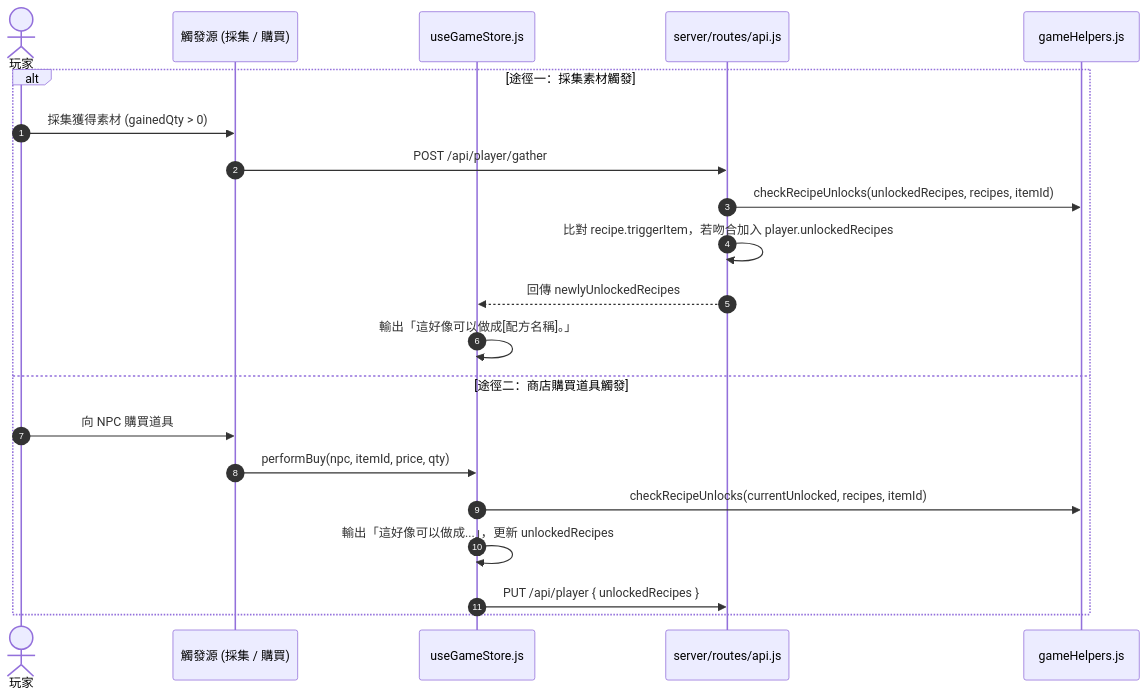
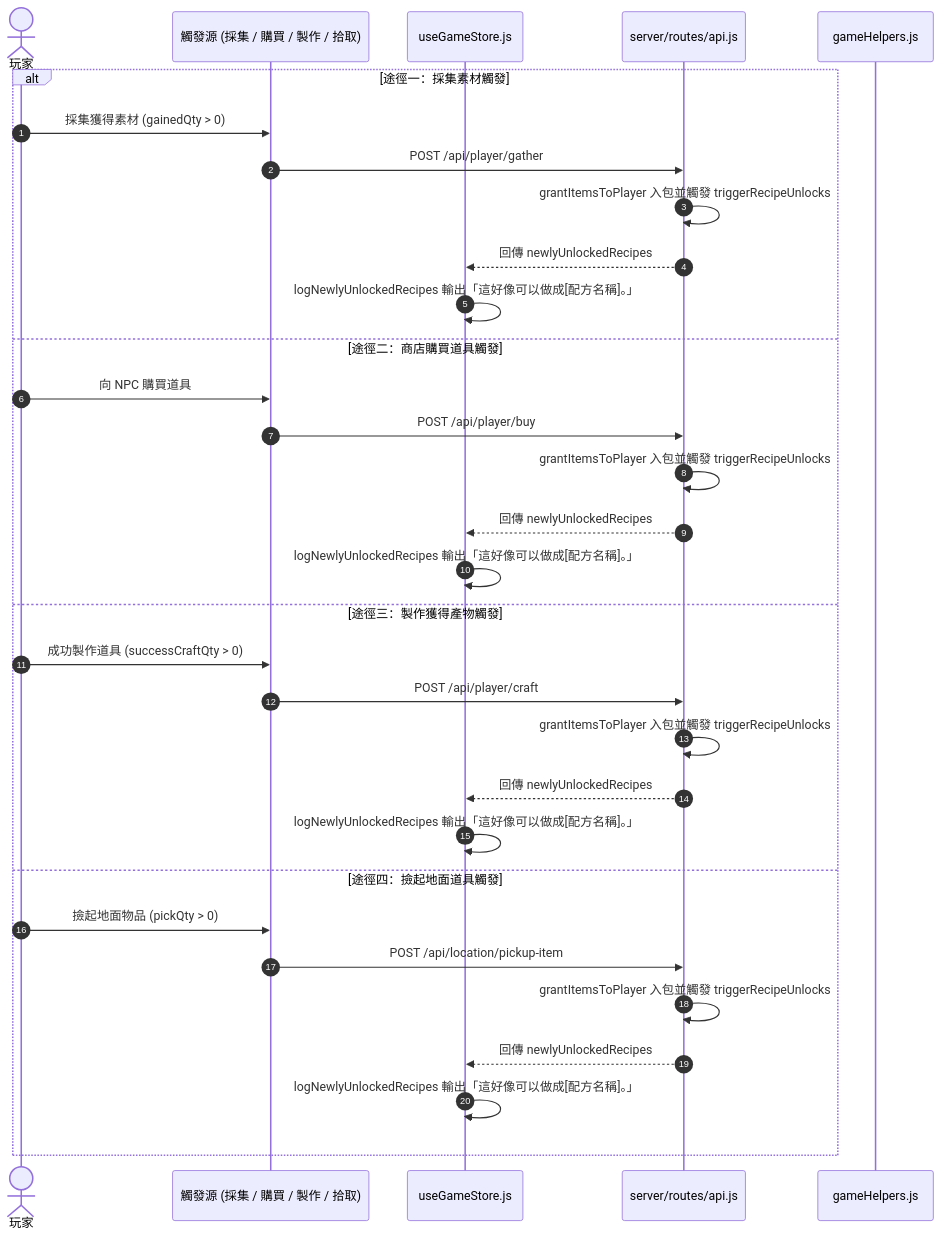
Diagram 15 of 16 in README.md (csiehsu/Aether-Immersion), drawn with Mermaid before and after one commit. The commit also changed other lines of this file and 8 other files, not shown here.

````diff
--- a/README.md
+++ b/README.md
@@ -719,24 +777,35 @@
 ```mermaid
 sequenceDiagram
     autonumber
     actor Player as 玩家
-    participant Event as 觸發源 (採集 / 購買)
+    participant Event as 觸發源 (採集 / 購買 / 製作 / 拾取)
     participant Store as useGameStore.js
     participant API as server/routes/api.js
     participant Helper as gameHelpers.js
 
     alt 途徑一：採集素材觸發
         Player->>Event: 採集獲得素材 (gainedQty > 0)
         Event->>API: POST /api/player/gather
-        API->>Helper: checkRecipeUnlocks(unlockedRecipes, recipes, itemId)
-        API->>API: 比對 recipe.triggerItem，若吻合加入 player.unlockedRecipes
+        API->>API: grantItemsToPlayer 入包並觸發 triggerRecipeUnlocks
         API-->>Store: 回傳 newlyUnlockedRecipes
-        Store->>Store: 輸出「這好像可以做成[配方名稱]。」
+        Store->>Store: logNewlyUnlockedRecipes 輸出「這好像可以做成[配方名稱]。」
     else 途徑二：商店購買道具觸發
         Player->>Event: 向 NPC 購買道具
-        Event->>Store: performBuy(npc, itemId, price, qty)
-        Store->>Helper: checkRecipeUnlocks(currentUnlocked, recipes, itemId)
-        Store->>Store: 輸出「這好像可以做成...」，更新 unlockedRecipes
-        Store->>API: PUT /api/player { unlockedRecipes }
+        Event->>API: POST /api/player/buy
+        API->>API: grantItemsToPlayer 入包並觸發 triggerRecipeUnlocks
+        API-->>Store: 回傳 newlyUnlockedRecipes
+        Store->>Store: logNewlyUnlockedRecipes 輸出「這好像可以做成[配方名稱]。」
+    else 途徑三：製作獲得產物觸發
+        Player->>Event: 成功製作道具 (successCraftQty > 0)
+        Event->>API: POST /api/player/craft
+        API->>API: grantItemsToPlayer 入包並觸發 triggerRecipeUnlocks
+        API-->>Store: 回傳 newlyUnlockedRecipes
+        Store->>Store: logNewlyUnlockedRecipes 輸出「這好像可以做成[配方名稱]。」
+    else 途徑四：撿起地面道具觸發
+        Player->>Event: 撿起地面物品 (pickQty > 0)
+        Event->>API: POST /api/location/pickup-item
+        API->>API: grantItemsToPlayer 入包並觸發 triggerRecipeUnlocks
+        API-->>Store: 回傳 newlyUnlockedRecipes
+        Store->>Store: logNewlyUnlockedRecipes 輸出「這好像可以做成[配方名稱]。」
     end
 ```
````
